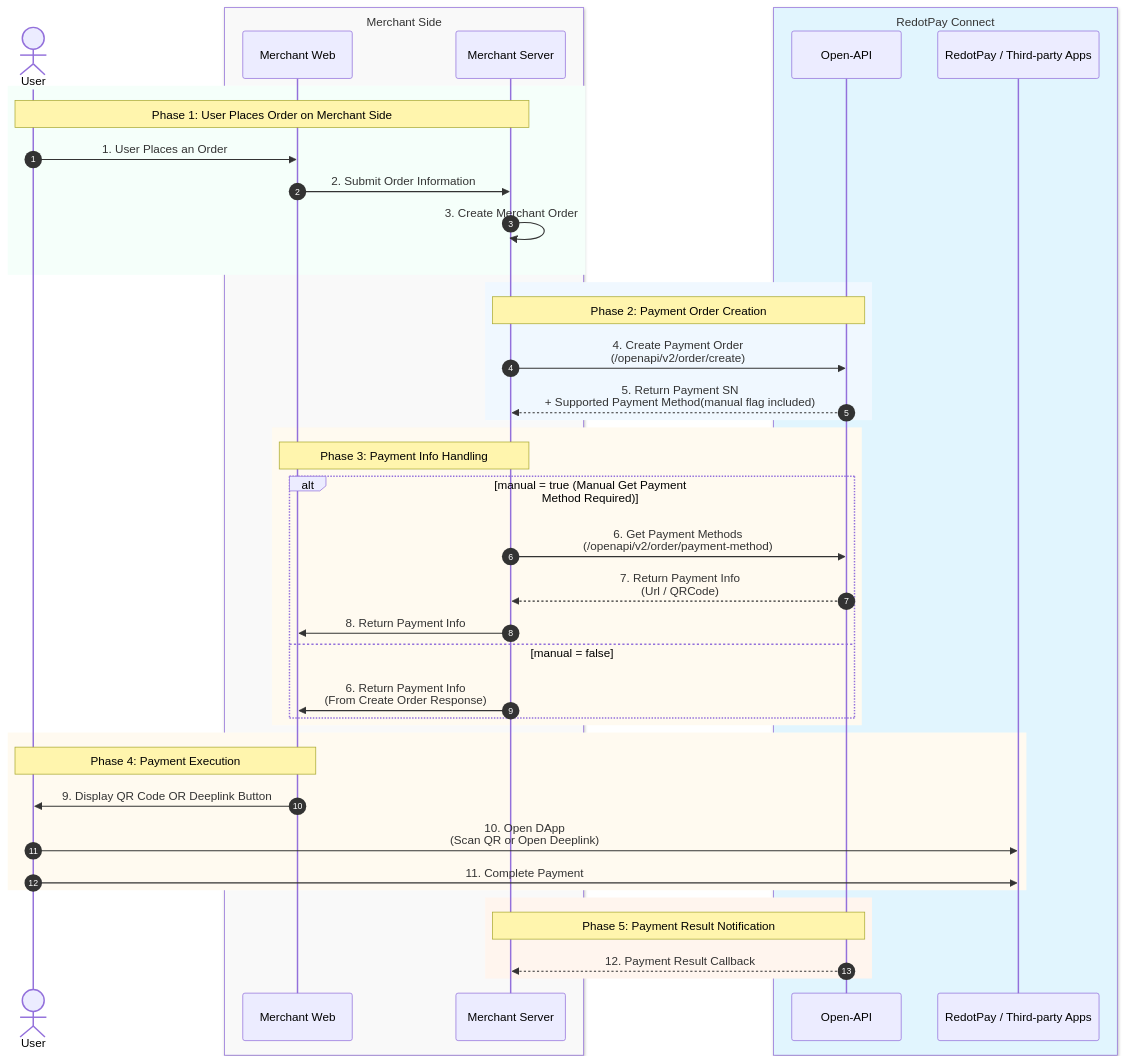
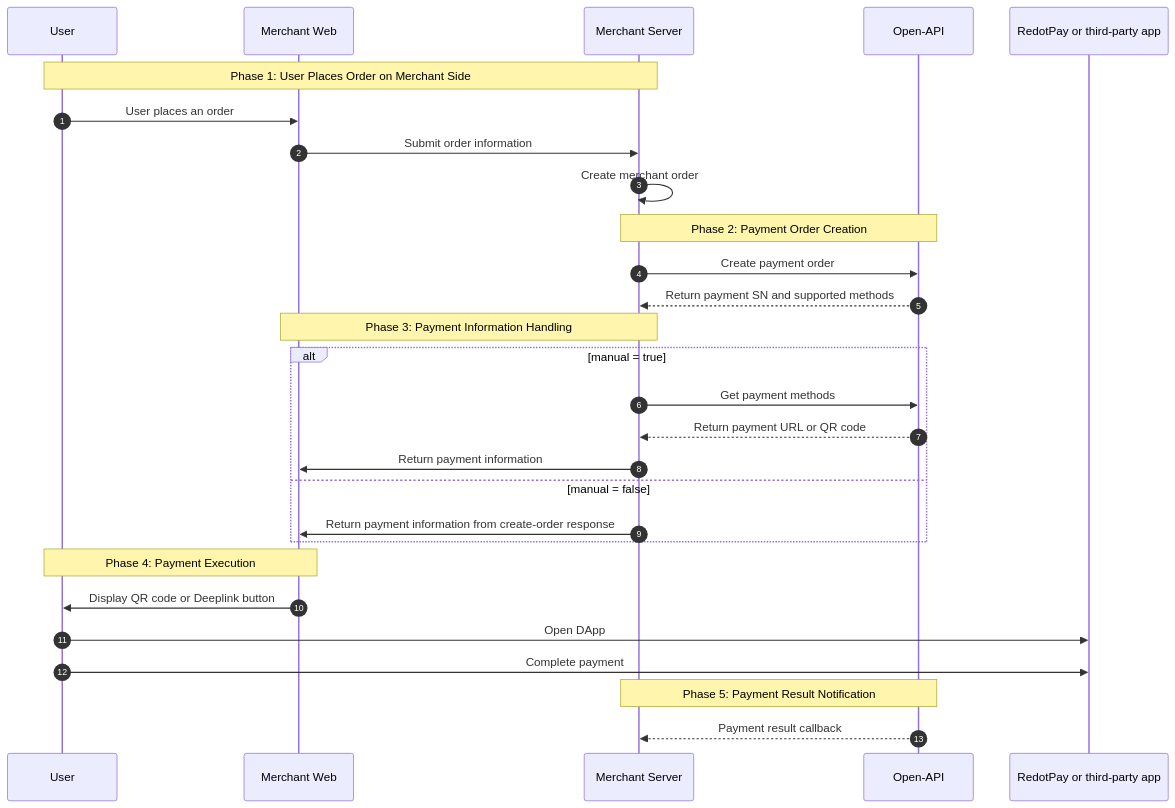
Before and after one commit to leo-nemo-8/test-changelog: the second of 2 diagrams in docs/Getting Started/payment.md, drawn with Mermaid. The commit also changed other lines of this file, not shown here.

Commit message:
Update doc `payment`

````diff
--- a/docs/Getting Started/payment.md
+++ b/docs/Getting Started/payment.md
@@ -99,60 +91,35 @@
 ```mermaid
 sequenceDiagram
     autonumber
+    participant User as User
+    participant App as Merchant Web
+    participant Backend as Merchant Server
+    participant API as Open-API
+    participant DApp as RedotPay or third-party app
 
-    %% Participants
-    actor User as User
+    Note over User,Backend: Phase 1: User Places Order on Merchant Side
+    User->>App: User places an order
+    App->>Backend: Submit order information
+    Backend->>Backend: Create merchant order
 
-    box rgb(249, 249, 249) Merchant Side
-        participant App as Merchant Web
-        participant Backend as Merchant Server
+    Note over Backend,API: Phase 2: Payment Order Creation
+    Backend->>API: Create payment order
+    API-->>Backend: Return payment SN and supported methods
+
+    Note over Backend,App: Phase 3: Payment Information Handling
+    alt manual = true
+        Backend->>API: Get payment methods
+        API-->>Backend: Return payment URL or QR code
+        Backend->>App: Return payment information
+    else manual = false
+        Backend->>App: Return payment information from create-order response
     end
 
-    box rgb(225, 245, 254) RedotPay Connect
-        participant API as Open-API
-        participant DApp as RedotPay / Third-party Apps
-    end
+    Note over App,User: Phase 4: Payment Execution
+    App->>User: Display QR code or Deeplink button
+    User->>DApp: Open DApp
+    User->>DApp: Complete payment
 
-    %% Phase 1: User Places Order
-    rect rgb(245, 255, 250)
-        note over User, Backend: Phase 1: User Places Order on Merchant Side
-        User->>App: 1. User Places an Order
-        App->>Backend: 2. Submit Order Information
-        Backend->>Backend: 3. Create Merchant Order
-    end
-
-    %% Phase 2: Payment Order Creation
-    rect rgb(240, 248, 255)
-        note over Backend, API: Phase 2: Payment Order Creation
-        Backend->>API: 4. Create Payment Order<br/>(/openapi/v2/order/create)
-        API-->>Backend: 5. Return Payment SN<br/>+ Supported Payment Method(manual flag included)
-    end
-
-    %% Phase 3: Payment Info Handling
-    rect rgb(255, 250, 240)
-        note over Backend, App: Phase 3: Payment Info Handling
-
-        alt manual = true (Manual Get Payment Method Required)
-            Backend->>API: 6. Get Payment Methods<br/>(/openapi/v2/order/payment-method)
-            API-->>Backend: 7. Return Payment Info<br/>(Url / QRCode)
-            Backend->>App: 8. Return Payment Info
-        else manual = false
-            Backend->>App: 6. Return Payment Info<br/>(From Create Order Response)
-        end
-    end
-
-    %% Phase 4: Payment Execution
-    rect rgb(255, 250, 240)
-        note over App, User: Phase 4: Payment Execution
-        App->>User: 9. Display QR Code OR Deeplink Button
-        User->>DApp: 10. Open DApp<br/>(Scan QR or Open Deeplink)
-        User->>DApp: 11. Complete Payment
-    end
-
-    %% Phase 5: Payment Result Notification
-    rect rgb(255, 245, 238)
-        note over API, Backend: Phase 5: Payment Result Notification
-        API-->>Backend: 12. Payment Result Callback
-    end
-
+    Note over API,Backend: Phase 5: Payment Result Notification
+    API-->>Backend: Payment result callback
 ```
````
